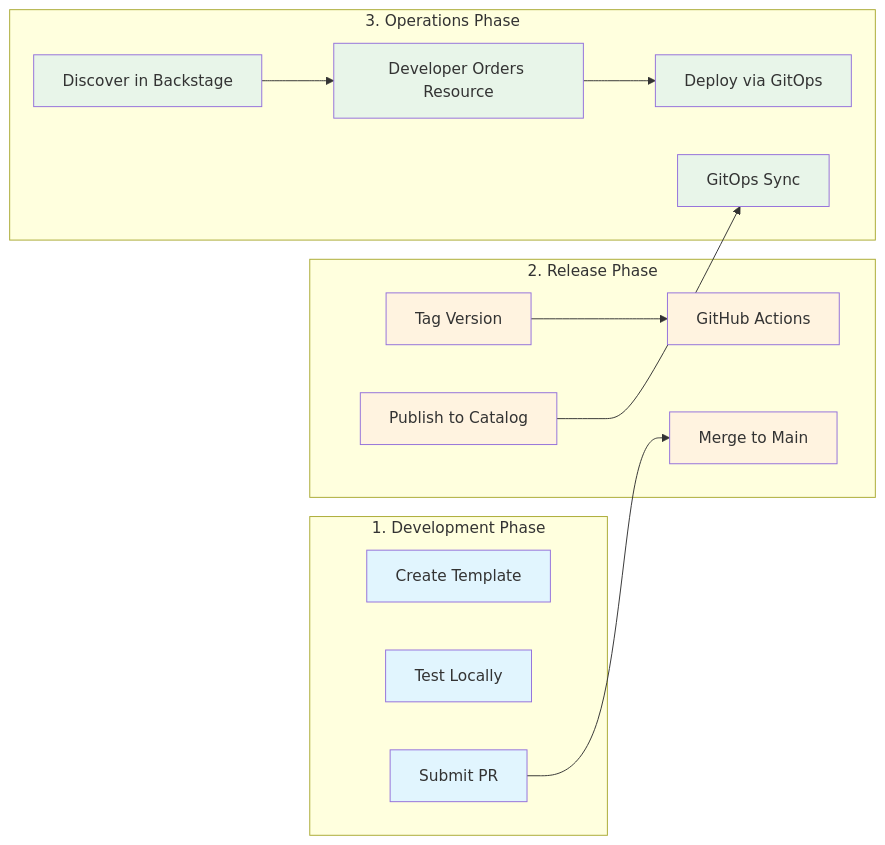
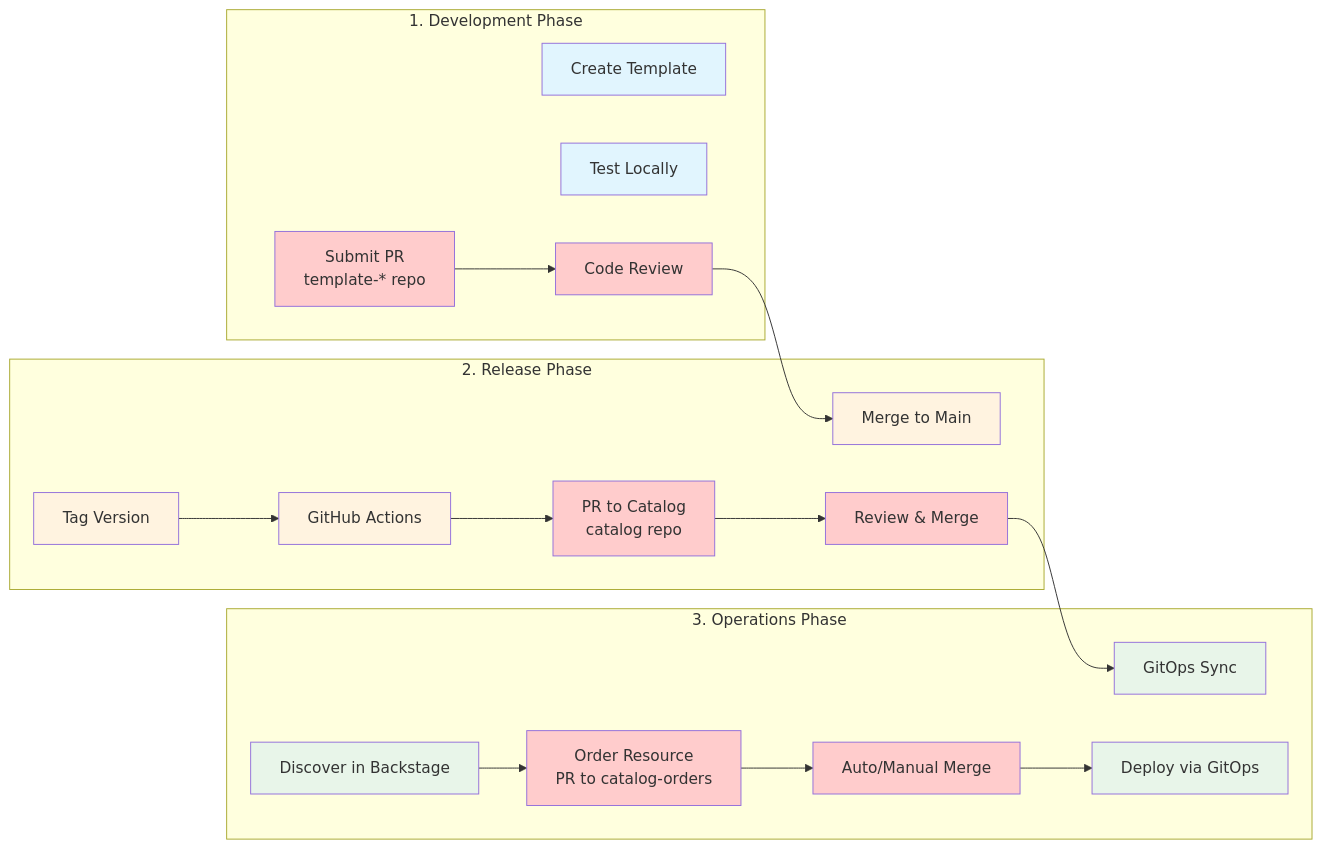
One commit to open-service-portal/portal-workspace changed the first of 20 diagrams in docs/workflow.md. Above: the diagram before and after it, drawn with Mermaid. The commit also changed other lines of this file, not shown here.

First line of the commit message:
docs: enhance workflow documentation with PR review focus

````diff
--- a/docs/workflow.md
+++ b/docs/workflow.md
@@ -11,40 +11,50 @@
 ```mermaid
 graph LR
     subgraph "1. Development Phase"
         D1[Create Template]
         D2[Test Locally]
-        D3[Submit PR]
+        D3[Submit PR<br/>template-* repo]
+        D4[Code Review]
     end
     
     subgraph "2. Release Phase"
         R1[Merge to Main]
         R2[Tag Version]
         R3[GitHub Actions]
-        R4[Publish to Catalog]
+        R4[PR to Catalog<br/>catalog repo]
+        R5[Review & Merge]
     end
     
     subgraph "3. Operations Phase"
         O1[GitOps Sync]
         O2[Discover in Backstage]
-        O3[Developer Orders Resource]
-        O4[Deploy via GitOps]
+        O3[Order Resource<br/>PR to catalog-orders]
+        O4[Auto/Manual Merge]
+        O5[Deploy via GitOps]
     end
     
-    D3 --> R1
+    D3 --> D4
+    D4 --> R1
     R2 --> R3
-    R4 --> O1
+    R3 --> R4
+    R4 --> R5
+    R5 --> O1
     O2 --> O3
     O3 --> O4
+    O4 --> O5
     
+    style D3 fill:#ffcccc
+    style D4 fill:#ffcccc
+    style R4 fill:#ffcccc
+    style R5 fill:#ffcccc
+    style O3 fill:#ffcccc
+    style O4 fill:#ffcccc
     style D1 fill:#e1f5fe
     style D2 fill:#e1f5fe
-    style D3 fill:#e1f5fe
     style R1 fill:#fff3e0
     style R2 fill:#fff3e0
     style R3 fill:#fff3e0
-    style R4 fill:#fff3e0
     style O1 fill:#e8f5e9
     style O2 fill:#e8f5e9
-    style O3 fill:#e8f5e9
-    style O4 fill:#e8f5e9
+    style O5 fill:#e8f5e9
 ```
````
